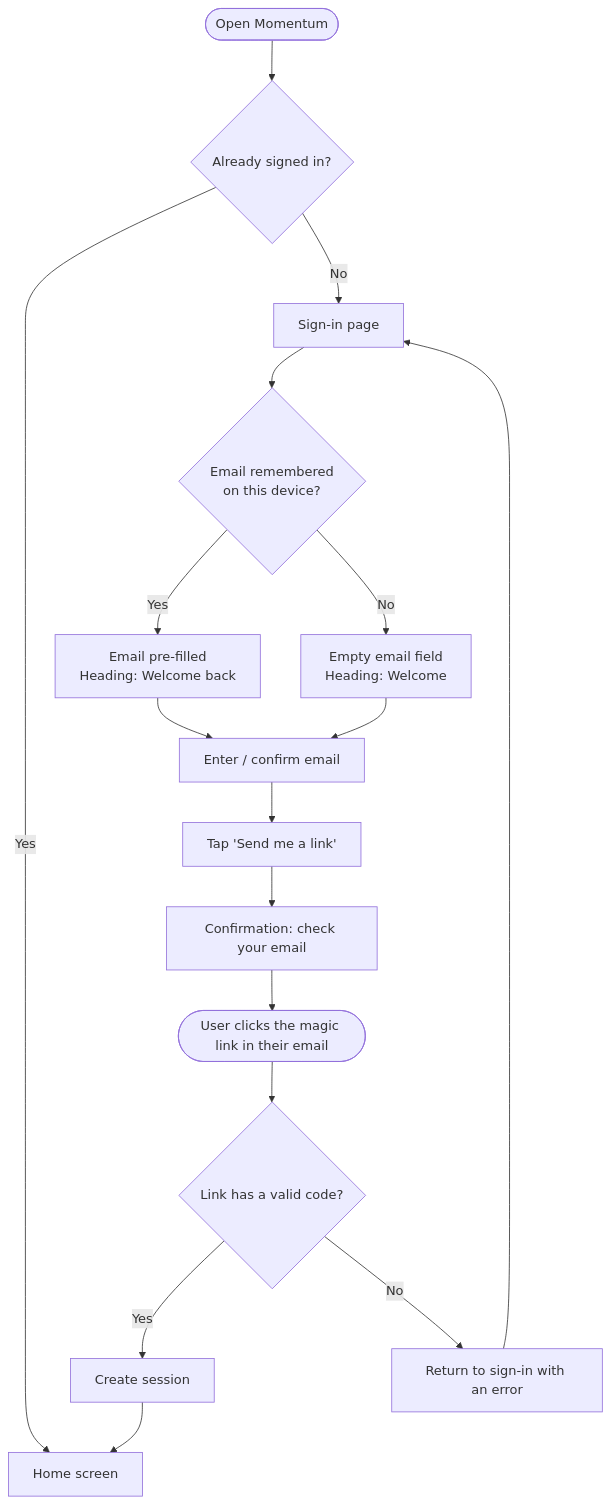
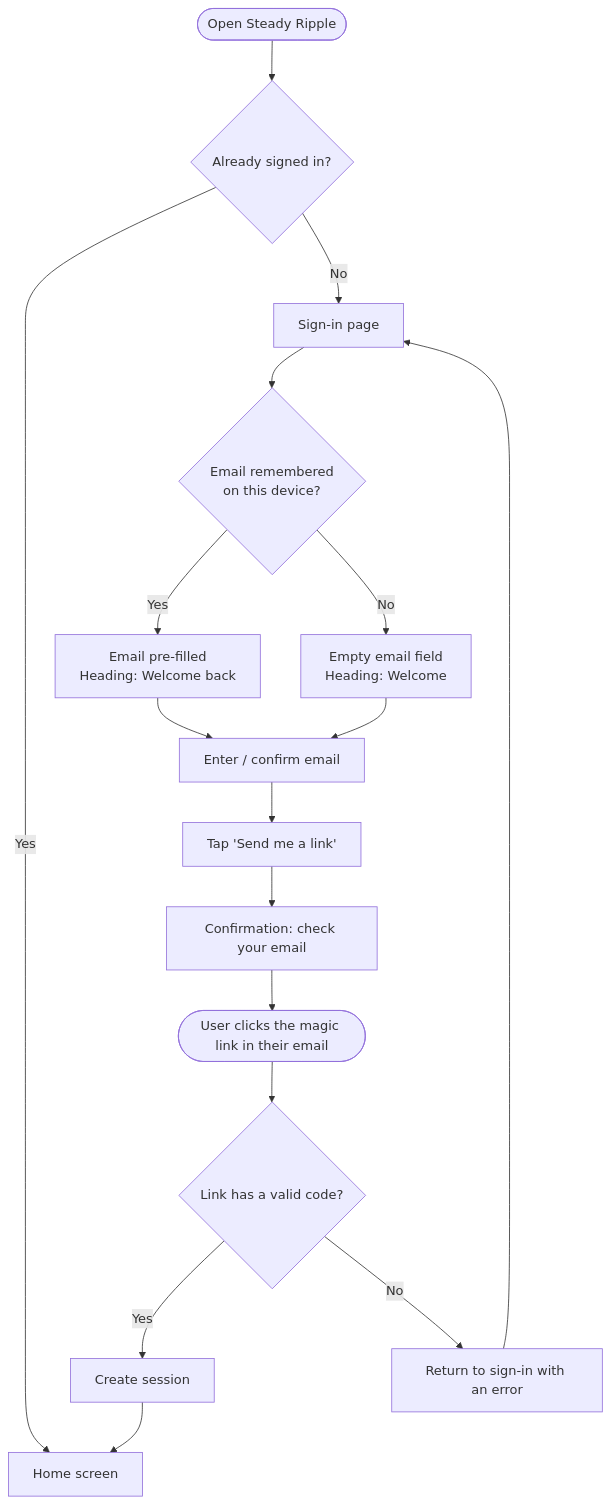
The first of 5 diagrams in docs/flows.md (camcamrg/Week-3-ADHD-Budgeting-App), drawn with Mermaid before and after one commit. The commit also changed other lines of this file and 22 other files, not shown here.

Commit message:
Rebrand Momentum to Steady Ripple

````diff
--- a/docs/flows.md
+++ b/docs/flows.md
@@ -18,17 +18,17 @@
 ```mermaid
 flowchart TD
-    A([Open Momentum]) --> B{Already signed in?}
+    A([Open Steady Ripple]) --> B{Already signed in?}
     B -- Yes --> H[Home screen]
     B -- No --> L[Sign-in page]
     L --> M{Email remembered<br/>on this device?}
     M -- Yes --> N["Email pre-filled<br/>Heading: Welcome back"]
     M -- No --> O["Empty email field<br/>Heading: Welcome"]
     N --> P[Enter / confirm email]
     O --> P
     P --> Q["Tap 'Send me a link'"]
     Q --> R["Confirmation: check your email"]
     R --> S([User clicks the magic link in their email])
     S --> T{Link has a valid code?}
     T -- Yes --> U[Create session] --> H
     T -- No --> V["Return to sign-in with an error"] --> L
 ```
````
